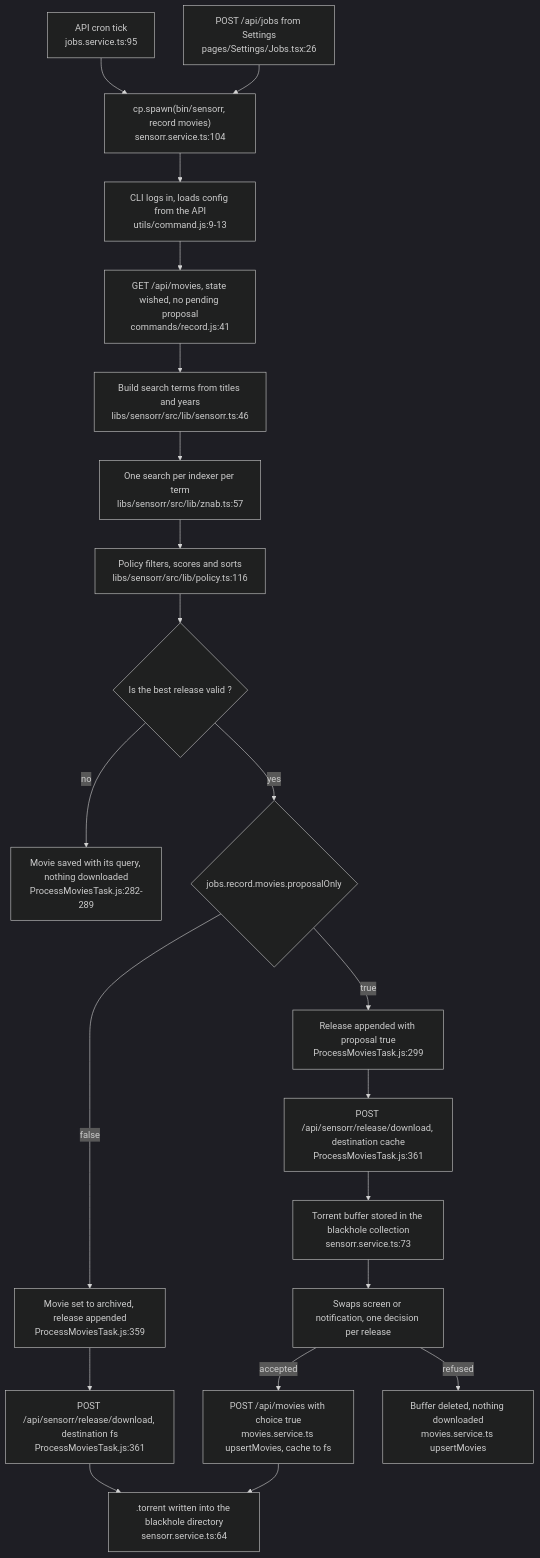
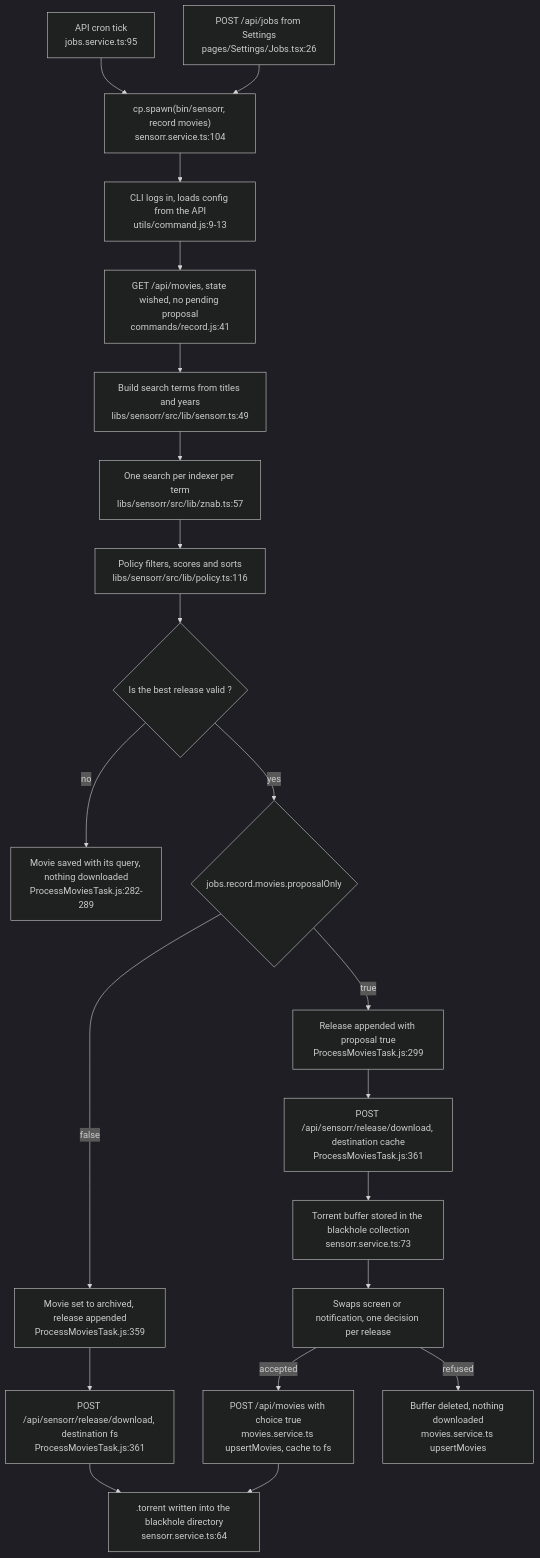
Before and after one commit to thcolin/sensorr: the first of 2 diagrams in docs/architecture.md, drawn with Mermaid (dark theme). The commit also changed other lines of this file and 8 other files, not shown here.

````diff
--- a/docs/architecture.md
+++ b/docs/architecture.md
@@ -96,31 +96,31 @@
 ```mermaid
 flowchart TD
   cron["API cron tick<br/>jobs.service.ts:95"] --> spawn
   post["POST /api/jobs from Settings<br/>pages/Settings/Jobs.tsx:26"] --> spawn
   spawn["cp.spawn(bin/sensorr, record movies)<br/>sensorr.service.ts:104"] --> boot
 
   boot["CLI logs in, loads config from the API<br/>utils/command.js:9-13"] --> fetch
   fetch["GET /api/movies, state wished, no pending proposal<br/>commands/record.js:41"] --> query
-  query["Build search terms from titles and years<br/>libs/sensorr/src/lib/sensorr.ts:46"] --> search
+  query["Build search terms from titles and years<br/>libs/sensorr/src/lib/sensorr.ts:49"] --> search
   search["One search per indexer per term<br/>libs/sensorr/src/lib/znab.ts:57"] --> policy
   policy["Policy filters, scores and sorts<br/>libs/sensorr/src/lib/policy.ts:116"] --> valid
 
   valid{"Is the best release valid ?"}
   valid -->|no| stop["Movie saved with its query, nothing downloaded<br/>ProcessMoviesTask.js:282-289"]
   valid -->|yes| branch
 
   branch{"jobs.record.movies.proposalOnly"}
   branch -->|false| direct["Movie set to archived, release appended<br/>ProcessMoviesTask.js:359"]
   branch -->|true| propose["Release appended with proposal true<br/>ProcessMoviesTask.js:299"]
 
   direct --> dlfs["POST /api/sensorr/release/download, destination fs<br/>ProcessMoviesTask.js:361"]
   propose --> dlcache["POST /api/sensorr/release/download, destination cache<br/>ProcessMoviesTask.js:361"]
 
   dlfs --> blackhole[".torrent written into the blackhole directory<br/>sensorr.service.ts:64"]
   dlcache --> cached["Torrent buffer stored in the blackhole collection<br/>sensorr.service.ts:73"]
 
   cached --> review["Swaps screen or notification, one decision per release"]
   review -->|accepted| accept["POST /api/movies with choice true<br/>movies.service.ts upsertMovies, cache to fs"]
   review -->|refused| refuse["Buffer deleted, nothing downloaded<br/>movies.service.ts upsertMovies"]
   accept --> blackhole
 ```
````
